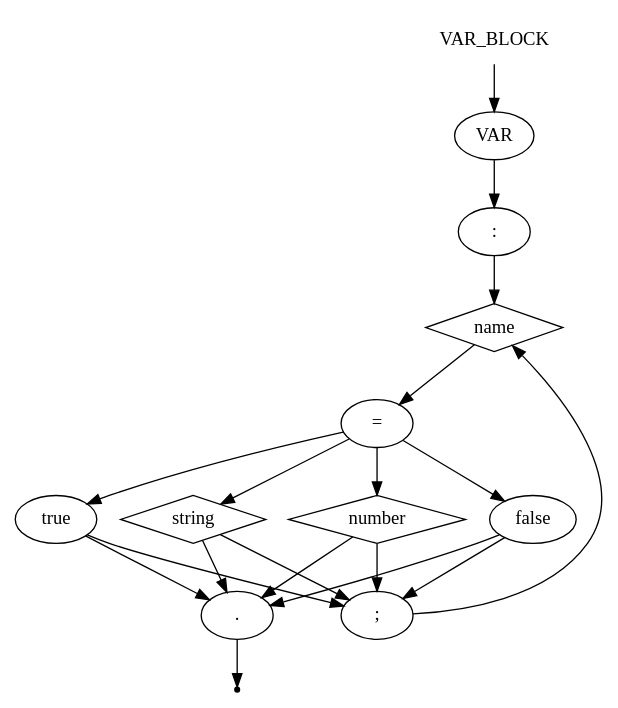
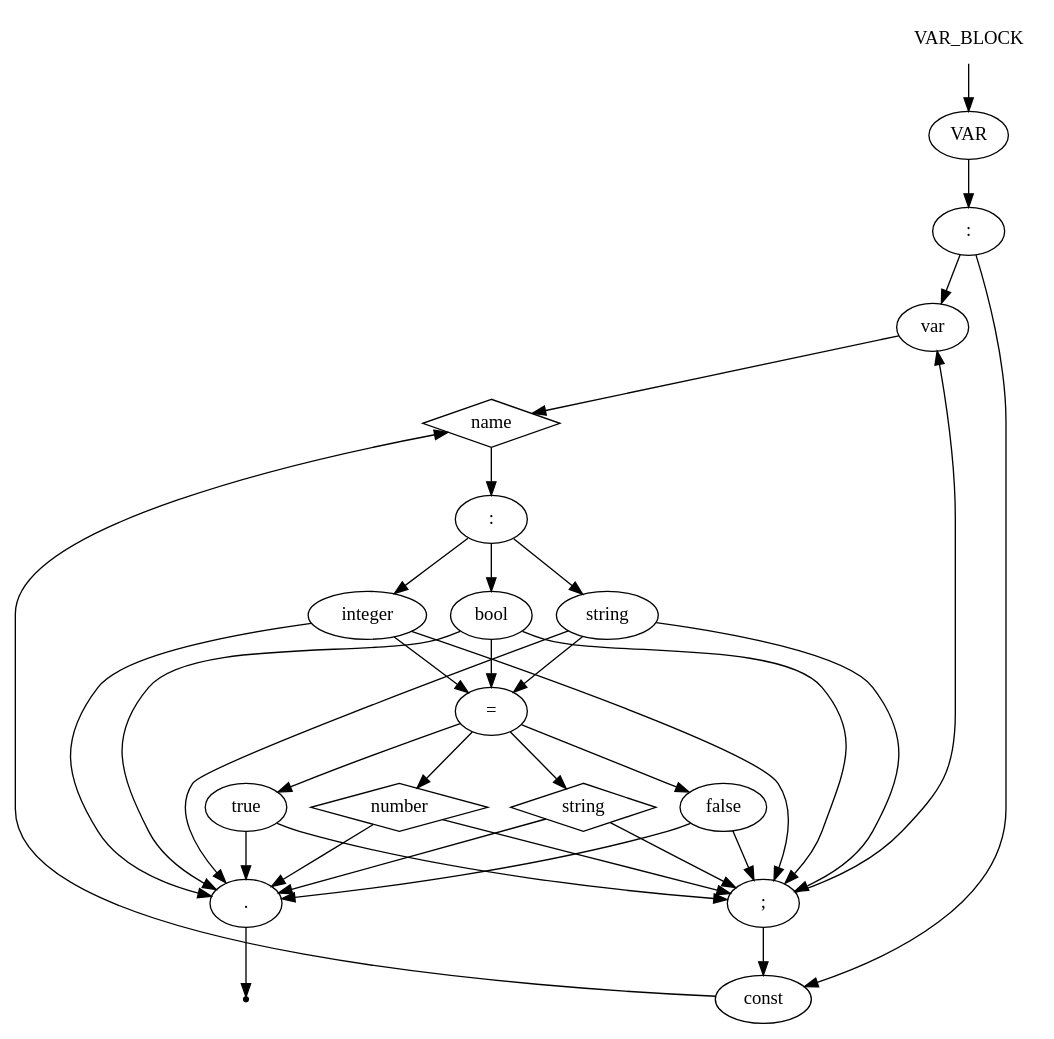
The diagram in ciao_gv/var_block.gv (Samirox66/ciao), drawn with Graphviz before and after one commit. The commit also changed 6 other files, not shown here.

Commit message:
fix var_block and transition_block

```diff
--- a/ciao_gv/var_block.gv
+++ b/ciao_gv/var_block.gv
@@ -1,32 +1,66 @@
 digraph VAR_BLOCK {
-    start [label=VAR_BLOCK shape=plaintext]
-    A [label=VAR shape=oval]
-    B [label=":" shape=oval]
-    C [label=name shape=diamond]
-    D [label="=" shape=oval]
-    E [label=number shape=diamond]
-    F [label=string shape=diamond]
-    G [label=";" shape=oval]
-    H [label="." shape=oval]
-    I [label="false" shape=oval]
-    J [label="true" shape=oval]
-    end [label="" shape=point]
-    start -> A
-    A -> B
-    B -> C
-    C -> D
-    D -> E
-    D -> F
-    D -> I
-    D -> J
-    E -> G
-    E -> H
-    F -> G
-    F -> H
-    G -> C
-    H -> end
-    I -> G
-    I -> H
-    J -> G
-    J -> H
+start [label=VAR_BLOCK shape=plaintext]
+A [label=VAR shape=oval]
+B [label=":" shape=oval]
+K [label="var" shape=oval]
+L [label="const" shape=oval]
+C [label=name shape=diamond]
+
+Q [label=":" shape=oval]
+P [label="integer" shape=oval]
+M [label="string" shape=oval]
+N [label="bool" shape=oval]
+
+D [label="=" shape=oval]
+E [label=number shape=diamond]
+F [label=string shape=diamond]
+I [label="false" shape=oval]
+J [label="true" shape=oval]
+
+G [label=";" shape=oval]
+H [label="." shape=oval]
+
+end [label="" shape=point]
+start -> A
+A -> B
+B -> K
+B -> L
+K -> C
+L -> C
+C -> Q
+Q -> P
+Q -> M
+Q -> N
+P -> D
+P -> G
+P -> H
+D -> E
+D -> F
+D -> I
+D -> J
+
+M -> D
+M -> G
+M -> H
+
+N -> D
+N -> G
+N -> H
+
+E -> G
+E -> H
+
+F -> G
+F -> H
+
+I -> G
+I -> H
+
+J -> G
+J -> H
+
+G -> K
+G -> L
+H -> end
+
 }
```
